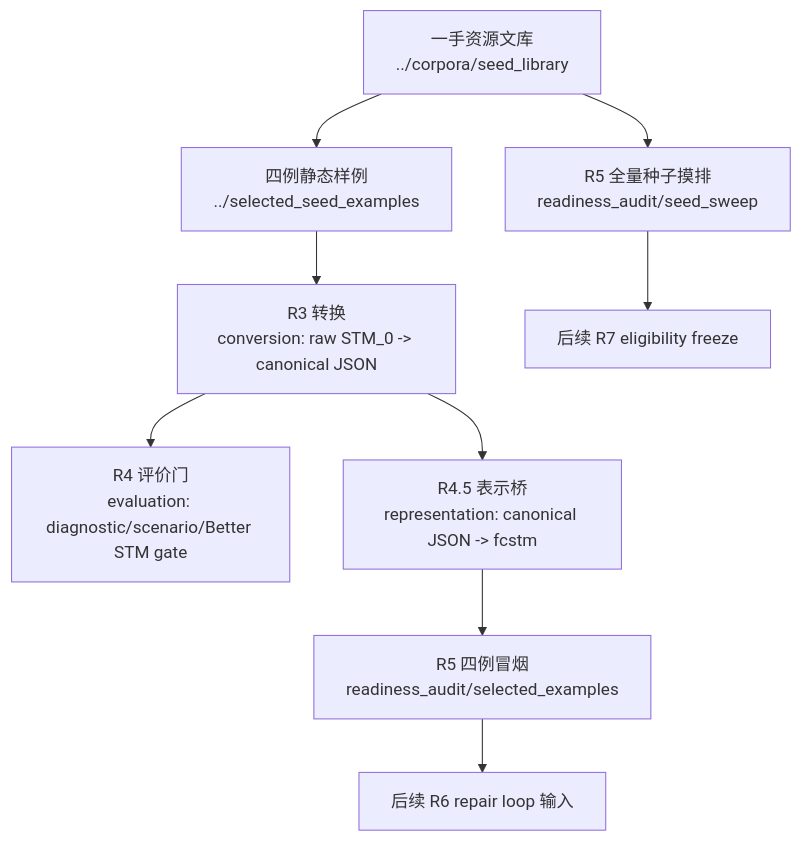
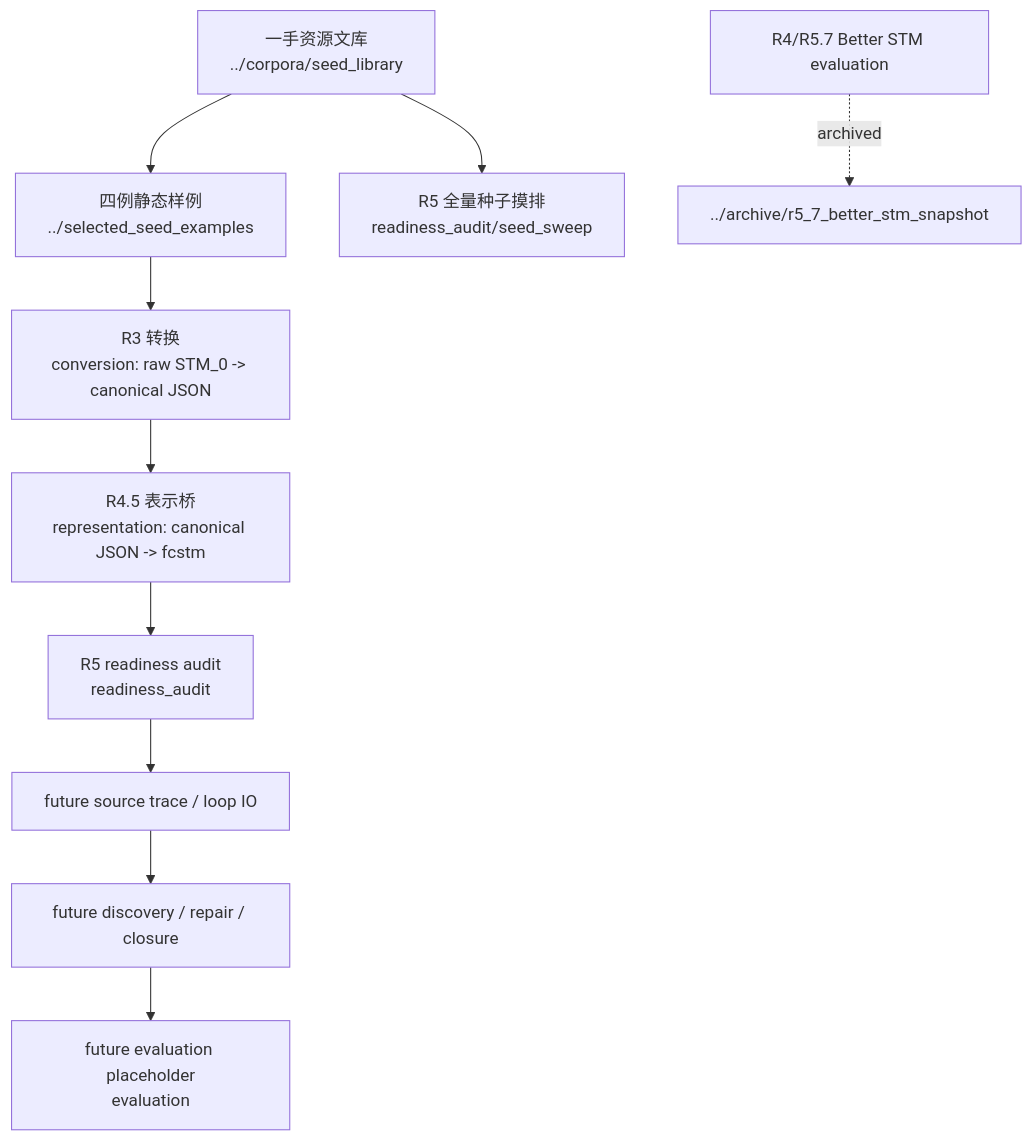
The diagram in project_1_llm_state_machine_modeling/paper_stm_repair/pipeline/README.md (HansBug/research_ideas), drawn with Mermaid before and after one commit. The commit also changed other lines of this file and 938 other files, not shown here.

````diff
--- a/project_1_llm_state_machine_modeling/paper_stm_repair/pipeline/README.md
+++ b/project_1_llm_state_machine_modeling/paper_stm_repair/pipeline/README.md
@@ -24,11 +21,12 @@
 ```mermaid
 flowchart TD
   A[一手资源文库<br/>../corpora/seed_library] --> B[四例静态样例<br/>../selected_seed_examples]
   A --> S[R5 全量种子摸排<br/>readiness_audit/seed_sweep]
   B --> C[R3 转换<br/>conversion: raw STM_0 -> canonical JSON]
-  C --> D[R4 评价门<br/>evaluation: diagnostic/scenario/Better STM gate]
   C --> E[R4.5 表示桥<br/>representation: canonical JSON -> fcstm]
-  E --> F[R5 四例冒烟<br/>readiness_audit/selected_examples]
-  S --> G[后续 R7 eligibility freeze]
-  F --> H[后续 R6 repair loop 输入]
+  E --> F[R5 readiness audit<br/>readiness_audit]
+  F --> G[future source trace / loop IO]
+  G --> H[future discovery / repair / closure]
+  H --> I[future evaluation placeholder<br/>evaluation]
+  Z[R4/R5.7 Better STM evaluation] -. archived .-> Y[../archive/r5_7_better_stm_snapshot]
 ```
````
